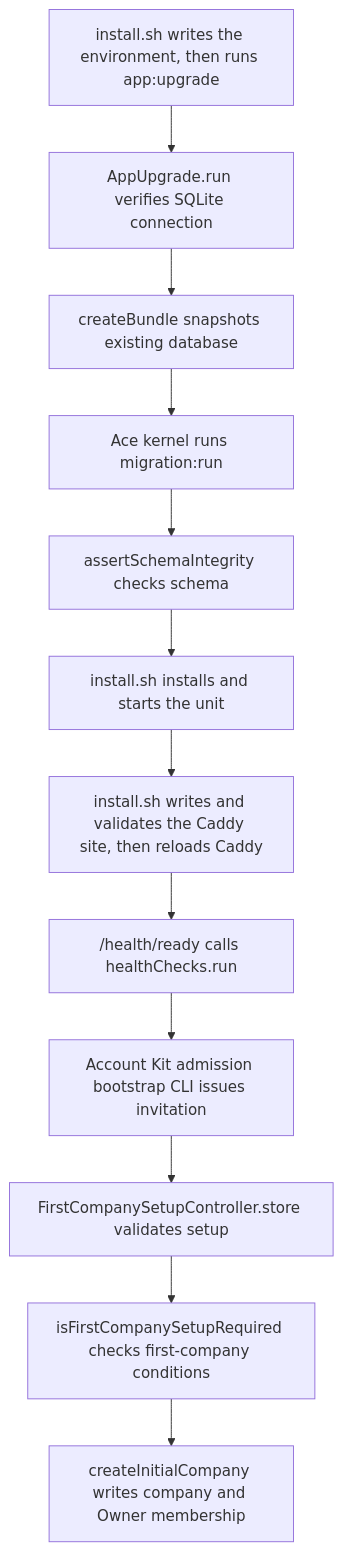
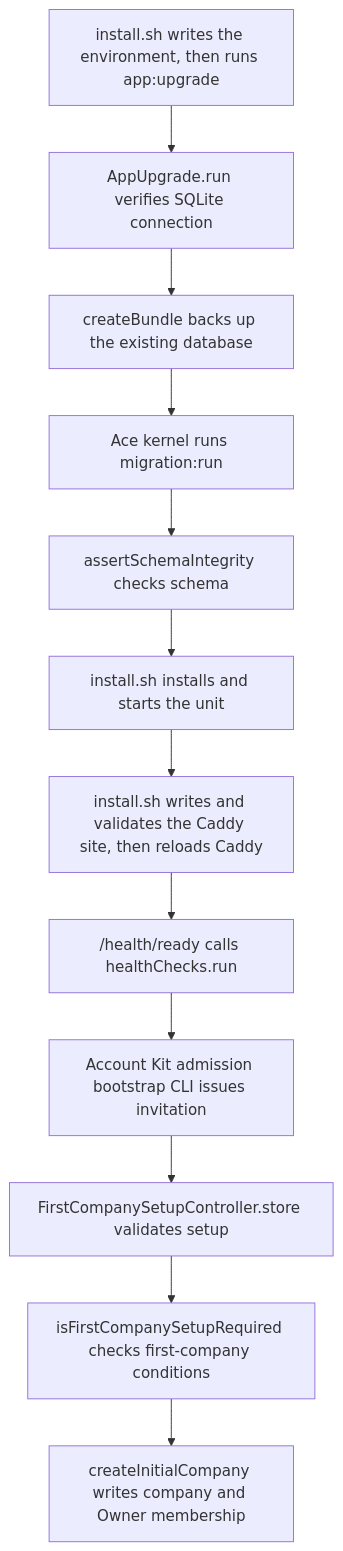
Before and after one commit to Kevinjohn/capacitylens: the second of 2 diagrams in user-stories/installation/US-INS-01-install-one-agency.md, drawn with Mermaid. The commit also changed 15 other files, not shown here.

First line of the commit message:
Backup, not snapshot: use backup for database copies in prose

````diff
--- a/user-stories/installation/US-INS-01-install-one-agency.md
+++ b/user-stories/installation/US-INS-01-install-one-agency.md
@@ -37,14 +37,14 @@
 ```mermaid
 flowchart TD
   installer["install.sh writes the environment, then runs app:upgrade"] --> upgrade["AppUpgrade.run verifies SQLite connection"]
-  upgrade --> backup["createBundle snapshots existing database"]
+  upgrade --> backup["createBundle backs up the existing database"]
   backup --> migrate["Ace kernel runs migration:run"]
   migrate --> integrity["assertSchemaIntegrity checks schema"]
   integrity --> service["install.sh installs and starts the unit"]
   service --> caddy["install.sh writes and validates the Caddy site, then reloads Caddy"]
   caddy --> ready["/health/ready calls healthChecks.run"]
   ready --> bootstrap["Account Kit admission bootstrap CLI issues invitation"]
   bootstrap --> browser["FirstCompanySetupController.store validates setup"]
   browser --> guard["isFirstCompanySetupRequired checks first-company conditions"]
   guard --> create["createInitialCompany writes company and Owner membership"]
 ```
````
